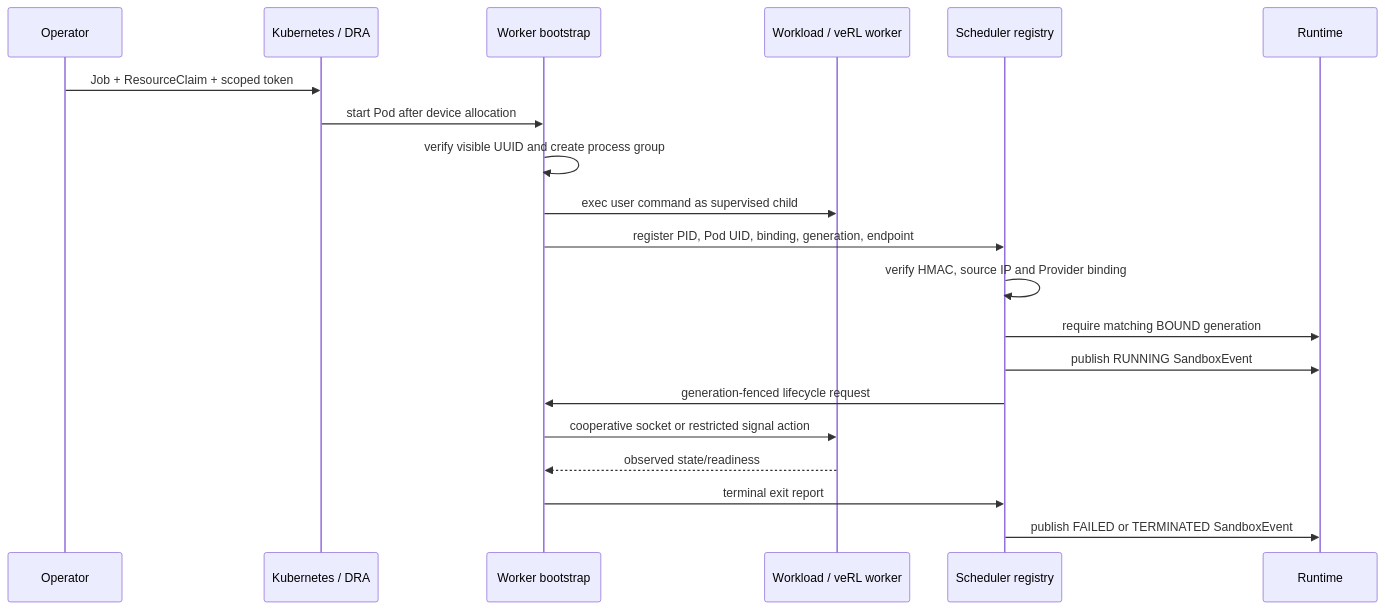
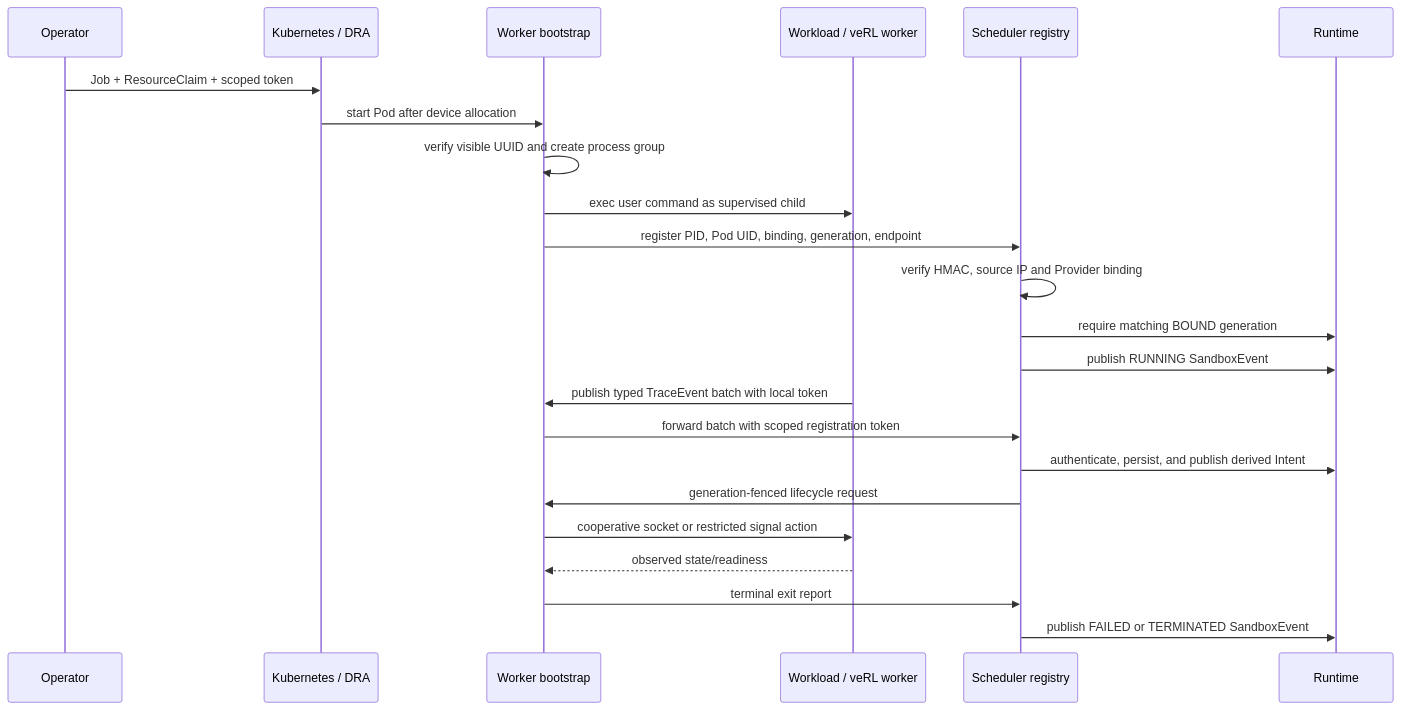
The diagram in docs/design/managed-worker-bootstrap.md (Blizzard-cyber/TGS-RL), drawn with Mermaid before and after one commit. The commit also changed other lines of this file and 42 other files, not shown here.

````diff
--- a/docs/design/managed-worker-bootstrap.md
+++ b/docs/design/managed-worker-bootstrap.md
@@ -9,23 +9,26 @@
 ```mermaid
 sequenceDiagram
   participant O as Operator
   participant K as Kubernetes / DRA
   participant B as Worker bootstrap
   participant W as Workload / veRL worker
   participant S as Scheduler registry
   participant R as Runtime
 
   O->>K: Job + ResourceClaim + scoped token
   K->>B: start Pod after device allocation
   B->>B: verify visible UUID and create process group
   B->>W: exec user command as supervised child
   B->>S: register PID, Pod UID, binding, generation, endpoint
   S->>S: verify HMAC, source IP and Provider binding
   S->>R: require matching BOUND generation
   S->>R: publish RUNNING SandboxEvent
+  W->>B: publish typed TraceEvent batch with local token
+  B->>S: forward batch with scoped registration token
+  S->>R: authenticate, persist, and publish derived Intent
   S->>B: generation-fenced lifecycle request
   B->>W: cooperative socket or restricted signal action
   W-->>B: observed state/readiness
   B->>S: terminal exit report
   S->>R: publish FAILED or TERMINATED SandboxEvent
 ```
````
